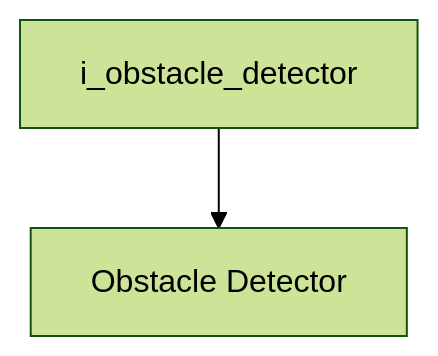
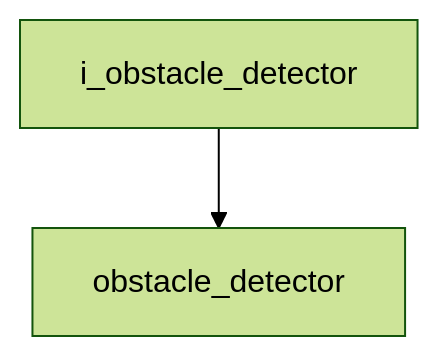
The second of 2 diagrams in docs/codebase/namespaces/vision/interfaces/detection/i_obstacle_detector.md (kasper-szczerba/autonomous_control_system_wiki), drawn with Mermaid (forest theme) before and after one commit. The commit also changed other lines of this file and 41 other files, not shown here.

````diff
--- a/docs/codebase/namespaces/vision/interfaces/detection/i_obstacle_detector.md
+++ b/docs/codebase/namespaces/vision/interfaces/detection/i_obstacle_detector.md
@@ -27,5 +25,5 @@
 ```mermaid
 graph TD
     i_obstacle_detector["i_obstacle_detector"]
-    i_obstacle_detector["i_obstacle_detector"] --> obstacle_detector["Obstacle Detector"]
+    i_obstacle_detector["i_obstacle_detector"] --> obstacle_detector["obstacle_detector"]
 ```
````
